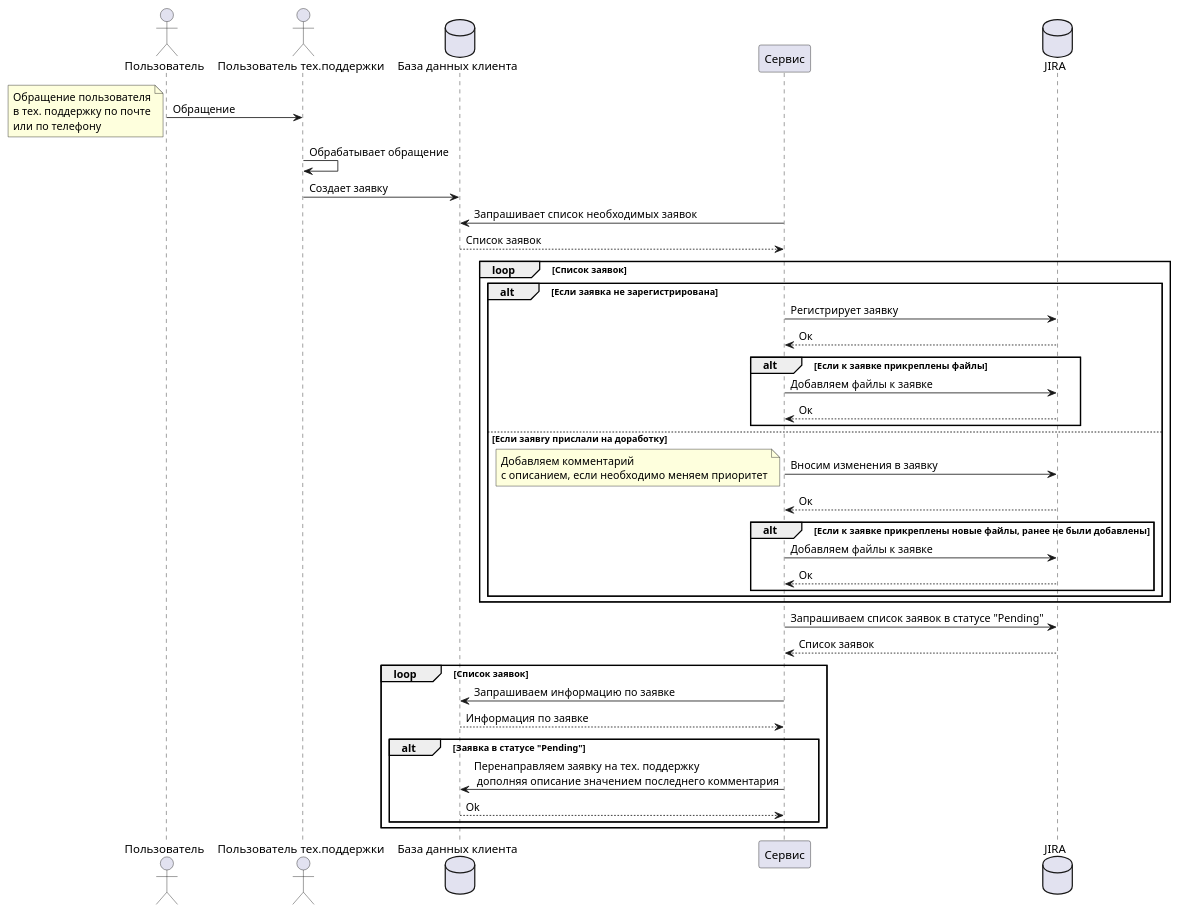
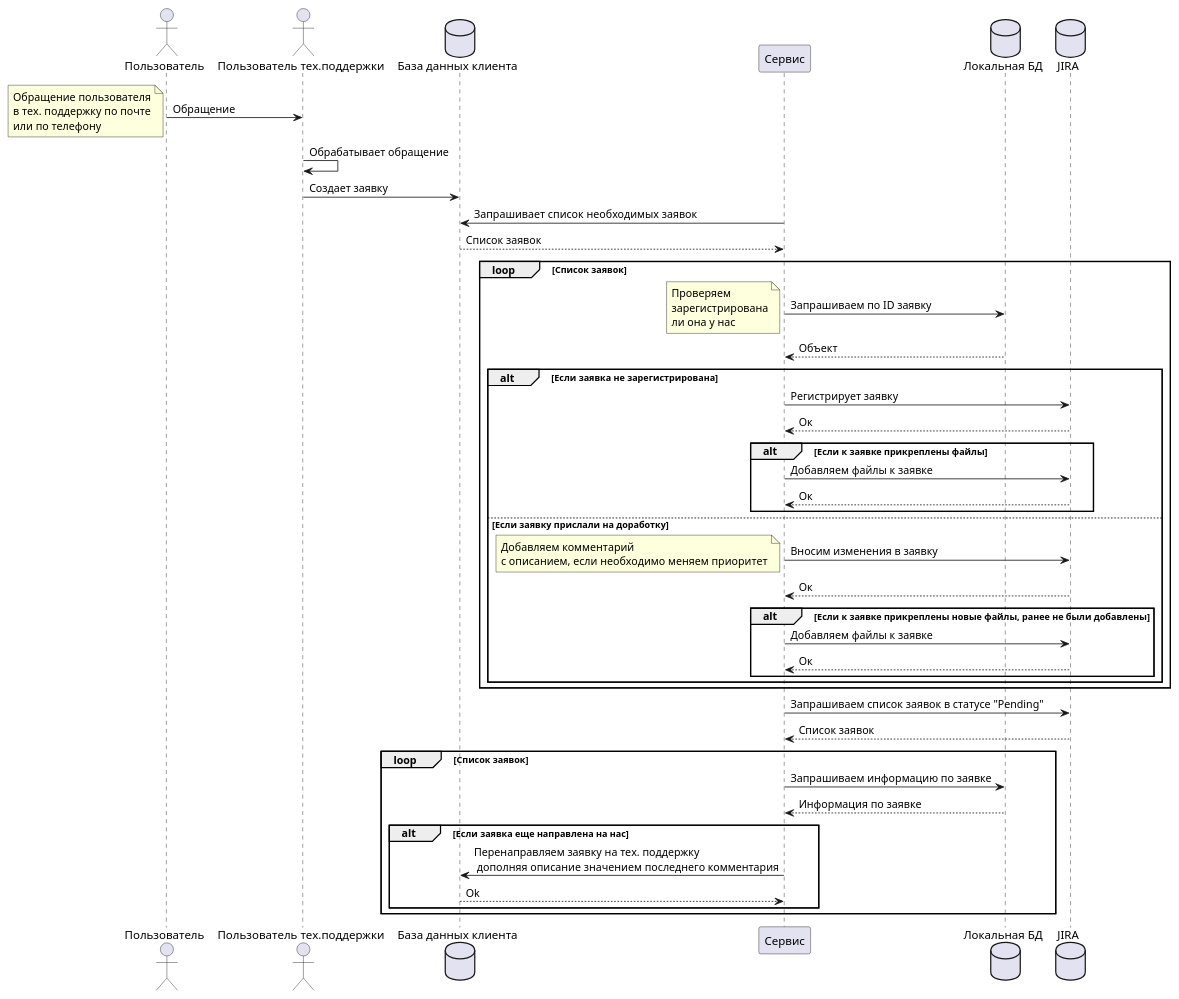
One commit to SteveSmokov/hw_otus_java_2020_06 changed the diagram in diplom/description/DescriptTaskActivity.puml. Above: the diagram before and after it, drawn with PlantUML.

Commit message:
Add changes by comments

```diff
--- a/diplom/description/DescriptTaskActivity.puml
+++ b/diplom/description/DescriptTaskActivity.puml
@@ -1,48 +1,56 @@
 @startuml
 actor "Пользователь" as user
 actor "Пользователь тех.поддержки" as support
 database "База данных клиента" as db
 participant "Сервис" as service
+database "Локальная БД" as serviceDb
 database "JIRA" as jira
 user -> support: Обращение
 note left
 Обращение пользователя
 в тех. поддержку по почте
 или по телефону
 end note
 support -> support: Обрабатывает обращение
 support -> db: Создает заявку
 service -> db: Запрашивает список необходимых заявок
 db --> service: Список заявок
 loop Список заявок
+service -> serviceDb: Запрашиваем по ID заявку
+note left
+Проверяем
+зарегистрирована
+ли она у нас
+end note
+serviceDb --> service: Объект
 alt Если заявка не зарегистрирована
 service -> jira: Регистрирует заявку
 jira --> service: Ок
 alt Если к заявке прикреплены файлы
     service -> jira: Добавляем файлы к заявке
     jira --> service: Ок
 end
-else Если заявrу прислали на доработку
+else Если заявку прислали на доработку
 service -> jira: Вносим изменения в заявку
 note left
 Добавляем комментарий
 с описанием, если необходимо меняем приоритет
 end note
 jira --> service: Ок
 alt Если к заявке прикреплены новые файлы, ранее не были добавлены
     service -> jira: Добавляем файлы к заявке
     jira --> service: Ок
 end
 end
 end
 service -> jira: Запрашиваем список заявок в статусе "Pending"
 jira --> service: Список заявок
 loop Список заявок
-    service -> db: Запрашиваем информацию по заявке
-    db --> service: Информация по заявке
-    alt Заявка в статусе "Pending"
+    service -> serviceDb: Запрашиваем информацию по заявке
+    serviceDb --> service: Информация по заявке
+    alt Если заявка еще направлена на нас
         service -> db: Перенаправляем заявку на тех. поддержку\n дополняя описание значением последнего комментария
         db --> service: Ok
     end
 end
 @enduml
```
